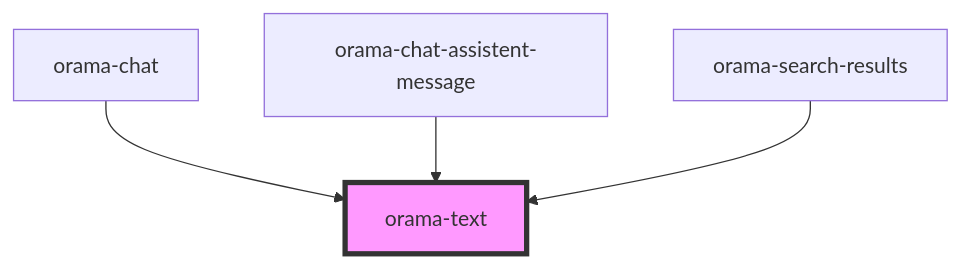
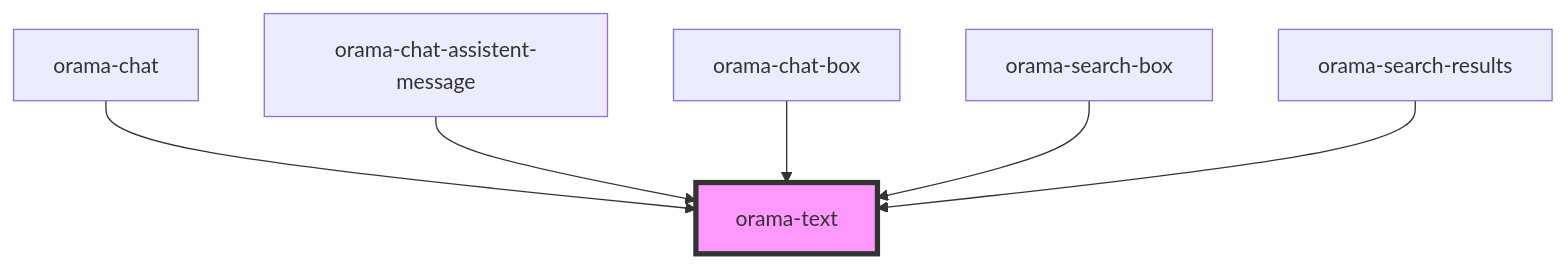
Before and after one commit to askorama/orama-ui-components: the diagram in packages/ui-stencil/src/components/internal/orama-text/readme.md, drawn with Mermaid. The commit also changed other lines of this file and 17 other files, not shown here.

````diff
--- a/packages/ui-stencil/src/components/internal/orama-text/readme.md
+++ b/packages/ui-stencil/src/components/internal/orama-text/readme.md
@@ -25,7 +27,9 @@
 ```mermaid
 graph TD;
   orama-chat --> orama-text
   orama-chat-assistent-message --> orama-text
+  orama-chat-box --> orama-text
+  orama-search-box --> orama-text
   orama-search-results --> orama-text
   style orama-text fill:#f9f,stroke:#333,stroke-width:4px
 ```
````
